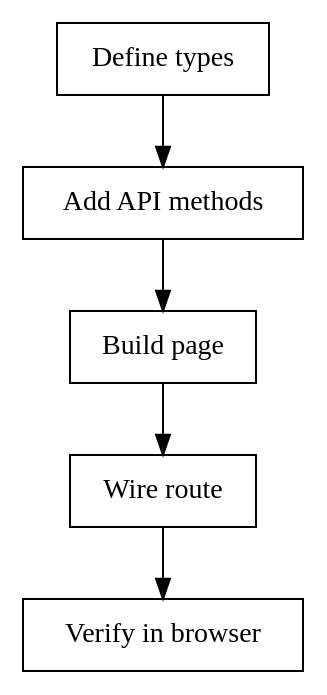
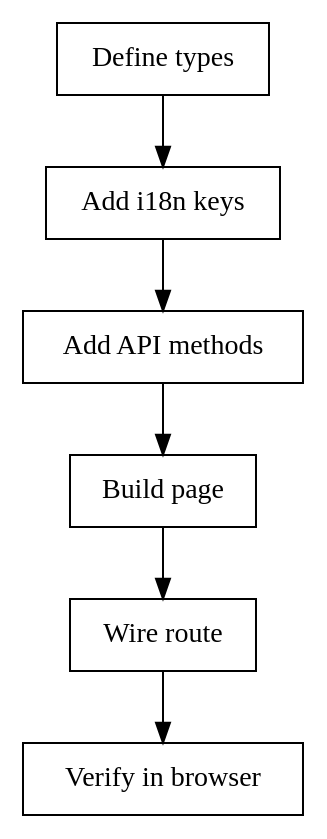
The diagram in .opencode/skills/frontend-page-development/SKILL.md (citywalki/ams-ai), drawn with Graphviz before and after one commit. The commit also changed other lines of this file and 1 other file, not shown here.

````diff
--- a/.opencode/skills/frontend-page-development/SKILL.md
+++ b/.opencode/skills/frontend-page-development/SKILL.md
@@ -25,15 +25,17 @@
 ```dot
 digraph frontend_dev {
     rankdir=TB;
     "Define types" [shape=box];
+    "Add i18n keys" [shape=box];
     "Add API methods" [shape=box];
     "Build page" [shape=box];
     "Wire route" [shape=box];
     "Verify in browser" [shape=box];
 
-    "Define types" -> "Add API methods";
+    "Define types" -> "Add i18n keys";
+    "Add i18n keys" -> "Add API methods";
     "Add API methods" -> "Build page";
     "Build page" -> "Wire route";
     "Wire route" -> "Verify in browser";
 }
 ```
````
